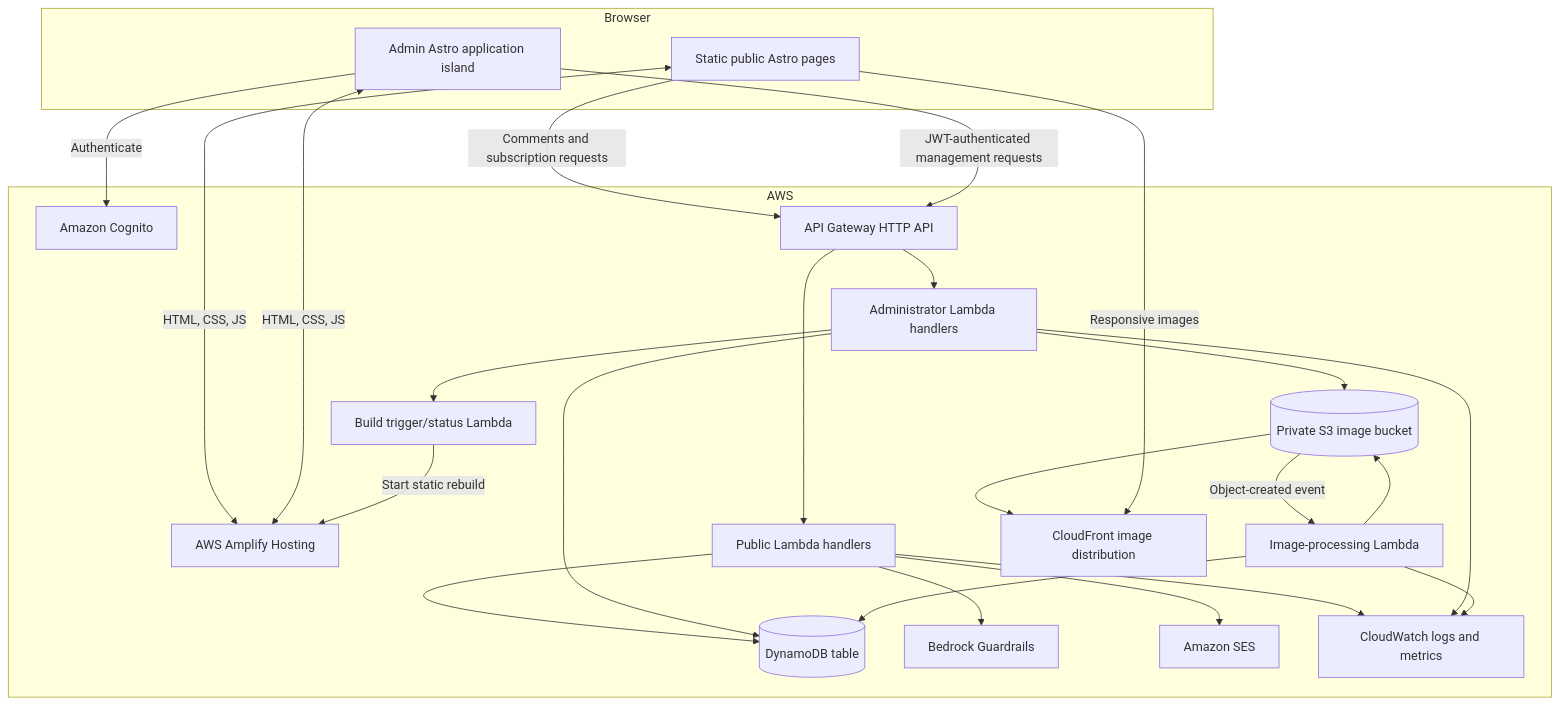
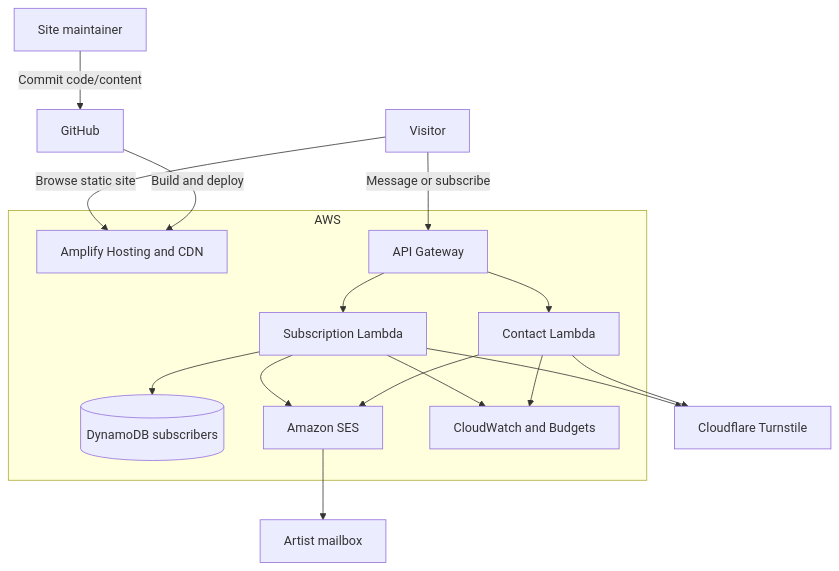
The first of 3 diagrams in HIGH_LEVEL_DESIGN.md (ybalenko/artist-portfolio-website), drawn with Mermaid before and after one commit. The commit also changed other lines of this file and 3 other files, not shown here.

````diff
--- a/HIGH_LEVEL_DESIGN.md
+++ b/HIGH_LEVEL_DESIGN.md
@@ -79,46 +34,34 @@
 ```mermaid
 flowchart TB
-    subgraph Browser
-        Public[Static public Astro pages]
-        Admin[Admin Astro application island]
+    Maintainer[Site maintainer]
+    Visitor[Visitor]
+    GitHub[GitHub]
+
+    subgraph AWS
+        Amplify[Amplify Hosting and CDN]
+        API[API Gateway]
+        Contact[Contact Lambda]
+        Subscription[Subscription Lambda]
+        DB[(DynamoDB subscribers)]
+        SES[Amazon SES]
+        Ops[CloudWatch and Budgets]
     end
 
-    subgraph AWS
-        Amplify[AWS Amplify Hosting]
-        Cognito[Amazon Cognito]
-        API[API Gateway HTTP API]
-        PublicFns[Public Lambda handlers]
-        AdminFns[Administrator Lambda handlers]
-        ImageFn[Image-processing Lambda]
-        BuildFn[Build trigger/status Lambda]
-        DB[(DynamoDB table)]
-        S3[(Private S3 image bucket)]
-        CDN[CloudFront image distribution]
-        Bedrock[Bedrock Guardrails]
-        SES[Amazon SES]
-        Logs[CloudWatch logs and metrics]
-    end
+    Turnstile[Cloudflare Turnstile]
+    Inbox[Artist mailbox]
 
-    Public <-->|HTML, CSS, JS| Amplify
-    Admin <-->|HTML, CSS, JS| Amplify
-    Admin -->|Authenticate| Cognito
-    Public -->|Comments and subscription requests| API
-    Admin -->|JWT-authenticated management requests| API
-    API --> PublicFns
-    API --> AdminFns
-    PublicFns --> DB
-    PublicFns --> Bedrock
-    PublicFns --> SES
-    AdminFns --> DB
-    AdminFns --> S3
-    S3 -->|Object-created event| ImageFn
-    ImageFn --> S3
-    ImageFn --> DB
-    S3 --> CDN
-    Public -->|Responsive images| CDN
-    AdminFns --> BuildFn
-    BuildFn -->|Start static rebuild| Amplify
-    PublicFns --> Logs
-    AdminFns --> Logs
-    ImageFn --> Logs
+    Maintainer -->|Commit code/content| GitHub
+    GitHub -->|Build and deploy| Amplify
+    Visitor -->|Browse static site| Amplify
+    Visitor -->|Message or subscribe| API
+    API --> Contact
+    API --> Subscription
+    Contact --> Turnstile
+    Contact --> SES
+    SES --> Inbox
+    Subscription --> Turnstile
+    Subscription --> SES
+    Subscription --> DB
+    Contact --> Ops
+    Subscription --> Ops
 ```
````
